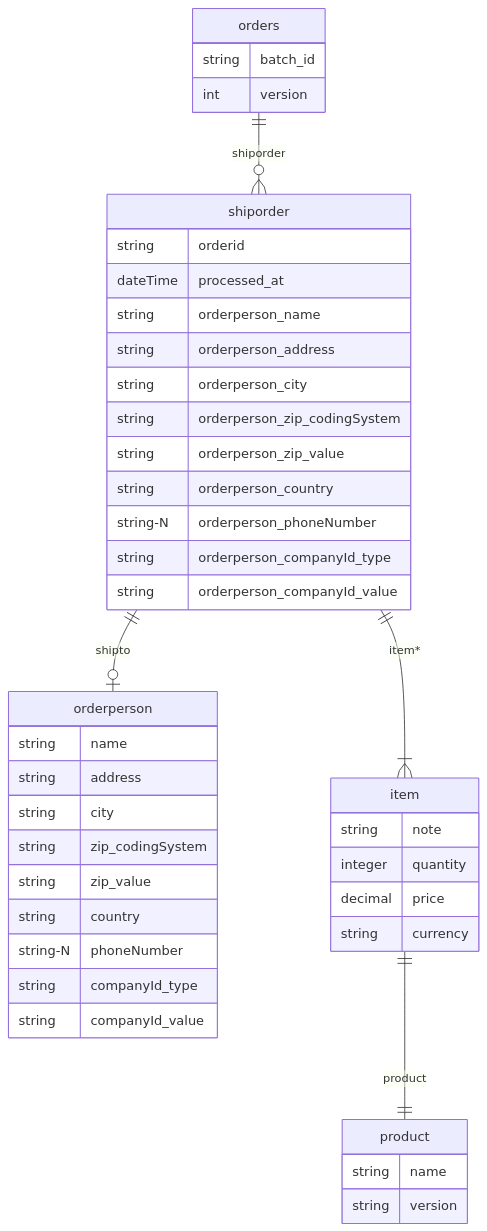
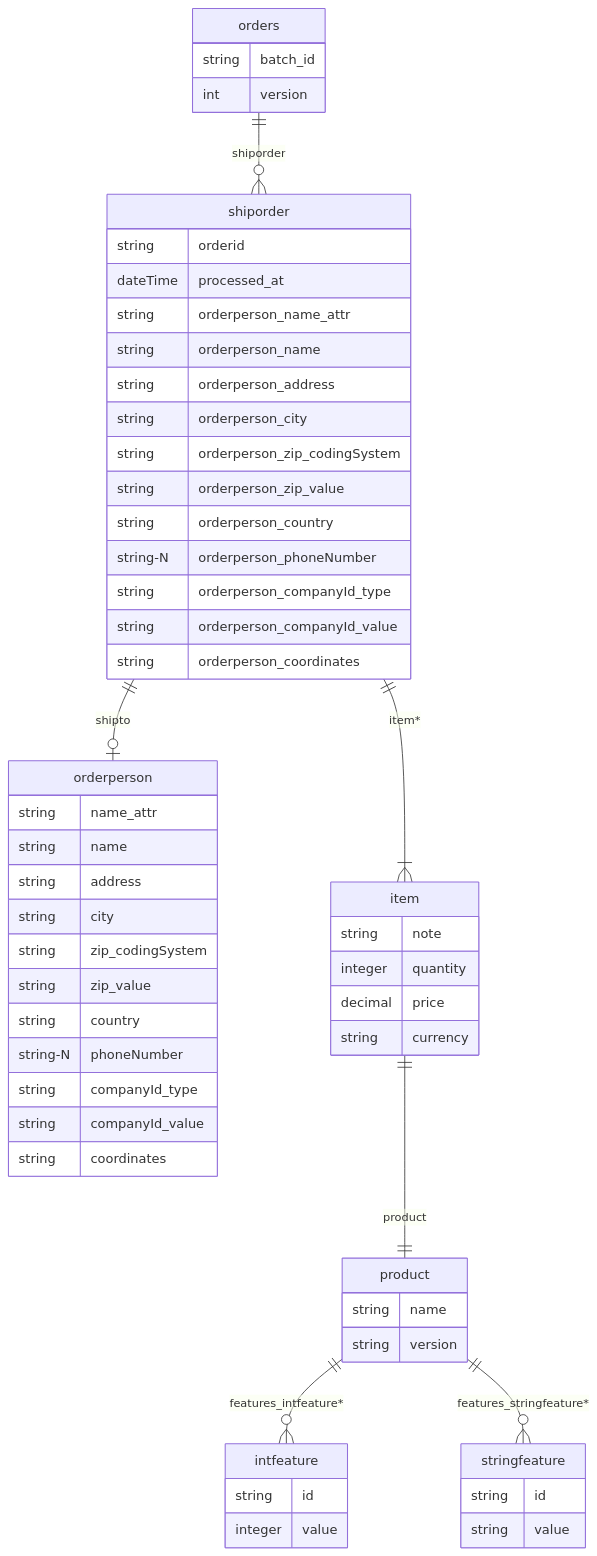
One commit to cre-dev/xml2db changed the diagram in tests/sample_models/orders/orders_erd_version2.md. Above: the diagram before and after it, drawn with Mermaid. The commit also changed 36 other files, not shown here.

````diff
--- a/tests/sample_models/orders/orders_erd_version2.md
+++ b/tests/sample_models/orders/orders_erd_version2.md
@@ -1,45 +1,59 @@
 ```mermaid
 erDiagram
     shiporder ||--o| orderperson : "shipto"
     shiporder ||--|{ item : "item*"
     shiporder {
         string orderid
         dateTime processed_at
+        string orderperson_name_attr
         string orderperson_name
         string orderperson_address
         string orderperson_city
         string orderperson_zip_codingSystem
         string orderperson_zip_value
         string orderperson_country
         string-N orderperson_phoneNumber
         string orderperson_companyId_type
         string orderperson_companyId_value
+        string orderperson_coordinates
     }
     item ||--|| product : "product"
     item {
         string note
         integer quantity
         decimal price
         string currency
     }
+    product ||--o{ intfeature : "features_intfeature*"
+    product ||--o{ stringfeature : "features_stringfeature*"
     product {
         string name
         string version
     }
+    stringfeature {
+        string id
+        string value
+    }
+    intfeature {
+        string id
+        integer value
+    }
     orderperson {
+        string name_attr
         string name
         string address
         string city
         string zip_codingSystem
         string zip_value
         string country
         string-N phoneNumber
         string companyId_type
         string companyId_value
+        string coordinates
     }
     orders ||--o{ shiporder : "shiporder"
     orders {
         string batch_id
         int version
     }
 ```
````
